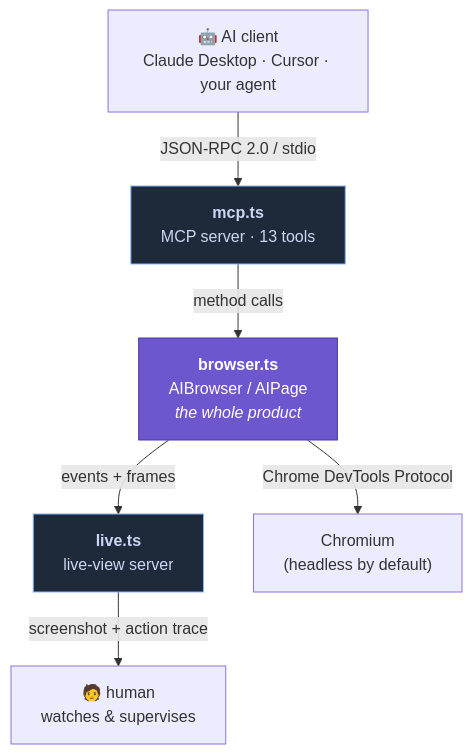
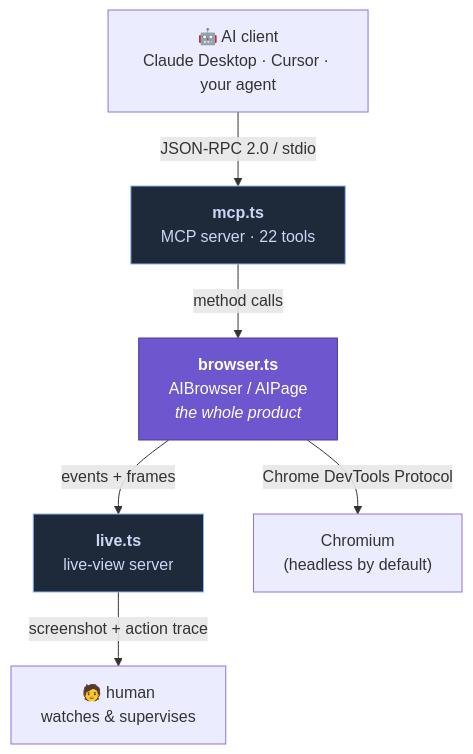
One commit to HaidarESBER/ai-browser changed the first of 4 diagrams in README.md. Above: the diagram before and after it, drawn with Mermaid. The commit also changed other lines of this file and 4 other files, not shown here.

````diff
--- a/README.md
+++ b/README.md
@@ -73,20 +75,20 @@
 ```mermaid
 flowchart TD
     AI["🤖 AI client<br/>Claude Desktop · Cursor · your agent"]
-    MCP["<b>mcp.ts</b><br/>MCP server · 13 tools"]
+    MCP["<b>mcp.ts</b><br/>MCP server · 22 tools"]
     LIVE["<b>live.ts</b><br/>live-view server"]
     ENGINE["<b>browser.ts</b><br/>AIBrowser / AIPage<br/><i>the whole product</i>"]
     CHROME["Chromium<br/>(headless by default)"]
     HUMAN["🧑 human<br/>watches &amp; supervises"]
 
     AI -- "JSON-RPC 2.0 / stdio" --> MCP
     MCP -- "method calls" --> ENGINE
     ENGINE -- "Chrome DevTools Protocol" --> CHROME
     ENGINE -- "events + frames" --> LIVE
     LIVE -- "screenshot + action trace" --> HUMAN
 
     classDef eng fill:#6E56CF,stroke:#4C3A9E,color:#fff;
     classDef srv fill:#1e2a3a,stroke:#89b4fa,color:#cdd6f4;
     class ENGINE eng;
     class MCP,LIVE srv;
 ```
````
